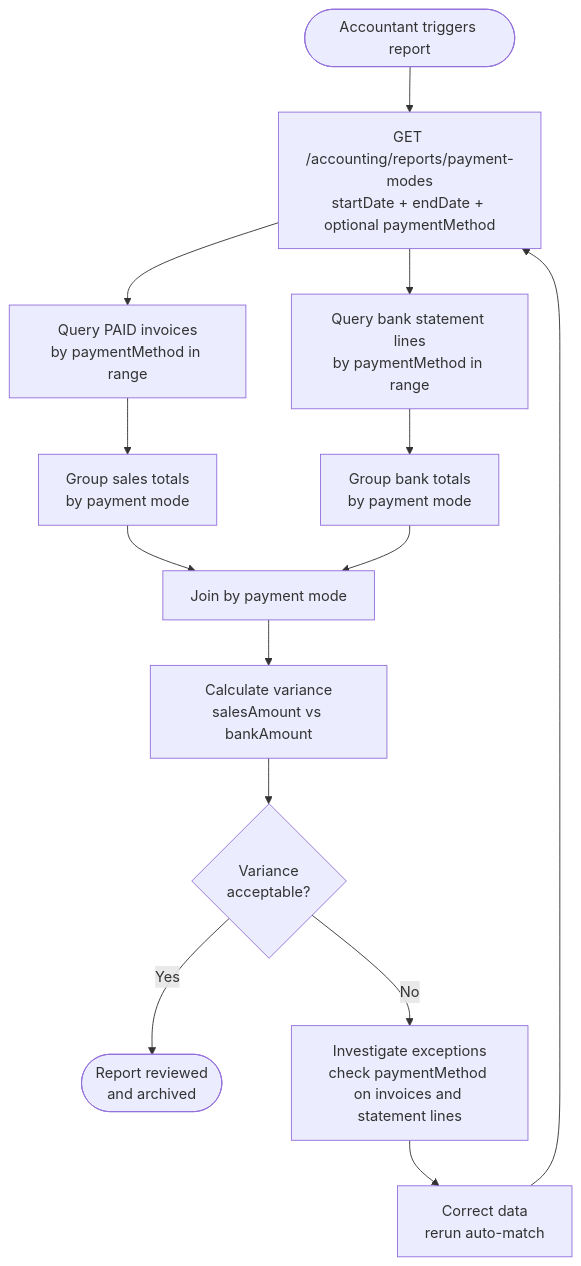
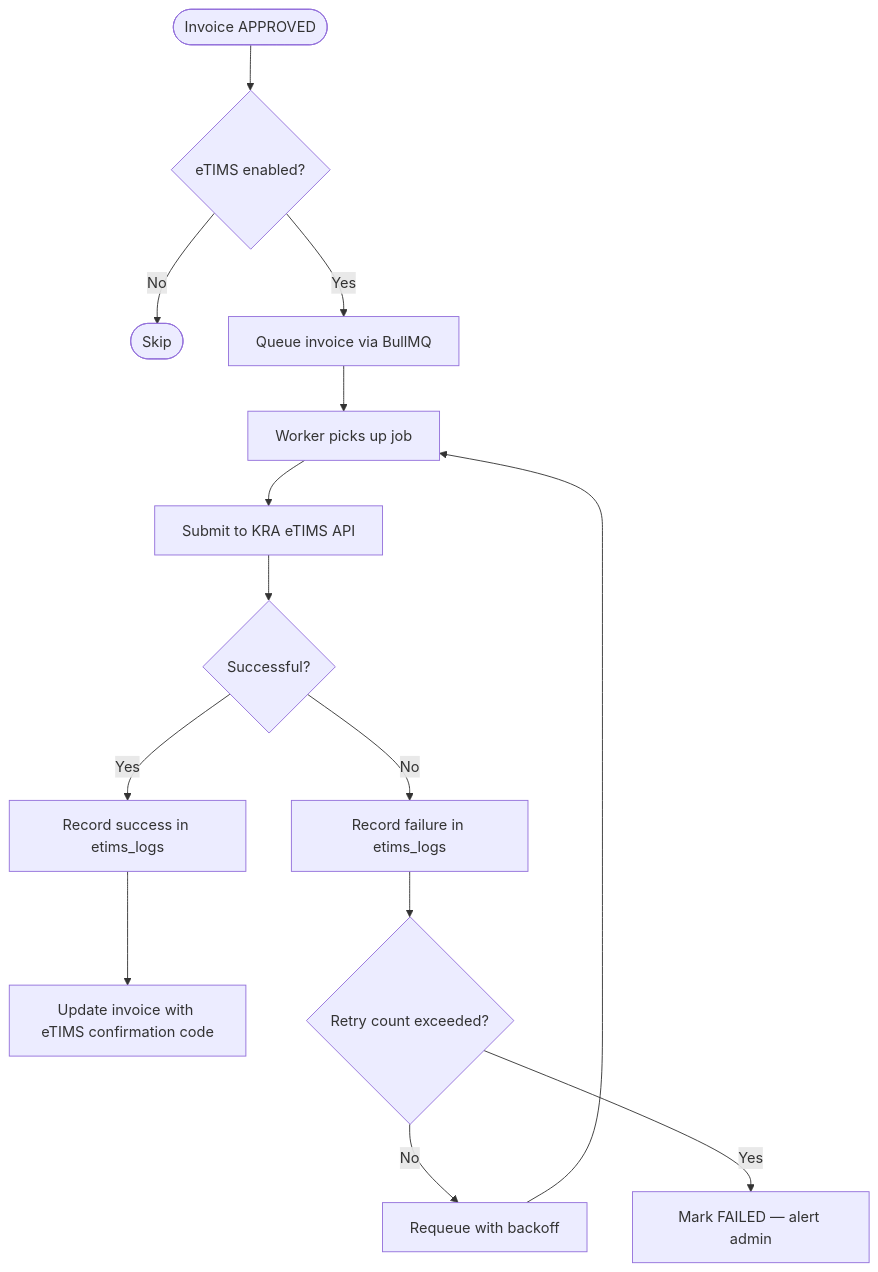
One commit to eliudm/ERP-SYSTEM changed the sixth of 7 diagrams in README.md. Above: the diagram before and after it, drawn with Mermaid. The commit also changed other lines of this file and 31 other files, not shown here.

````diff
--- a/README.md
+++ b/README.md
@@ -211,16 +778,16 @@
 ```mermaid
 flowchart TD
-    A([Accountant triggers report]) --> B[GET /accounting/reports/payment-modes\nstartDate + endDate + optional paymentMethod]
-    B --> C[Query PAID invoices\nby paymentMethod in range]
-    B --> D[Query bank statement lines\nby paymentMethod in range]
-    C --> E[Group sales totals\nby payment mode]
-    D --> F[Group bank totals\nby payment mode]
-    E --> G[Join by payment mode]
-    F --> G
-    G --> H[Calculate variance\nsalesAmount vs bankAmount]
-    H --> I{Variance\nacceptable?}
-    I -- Yes --> J([Report reviewed\nand archived])
-    I -- No --> K[Investigate exceptions\ncheck paymentMethod on invoices and statement lines]
-    K --> L[Correct data\nrerun auto-match]
-    L --> B
+    A([Invoice APPROVED]) --> B{eTIMS enabled?}
+    B -- No --> C([Skip])
+    B -- Yes --> D[Queue invoice via BullMQ]
+    D --> E[Worker picks up job]
+    E --> F[Submit to KRA eTIMS API]
+    F --> G{Successful?}
+    G -- Yes --> H[Record success in etims_logs]
+    H --> I[Update invoice with eTIMS confirmation code]
+    G -- No --> J[Record failure in etims_logs]
+    J --> K{Retry count exceeded?}
+    K -- No --> L[Requeue with backoff]
+    L --> E
+    K -- Yes --> M[Mark FAILED — alert admin]
 ```
````
